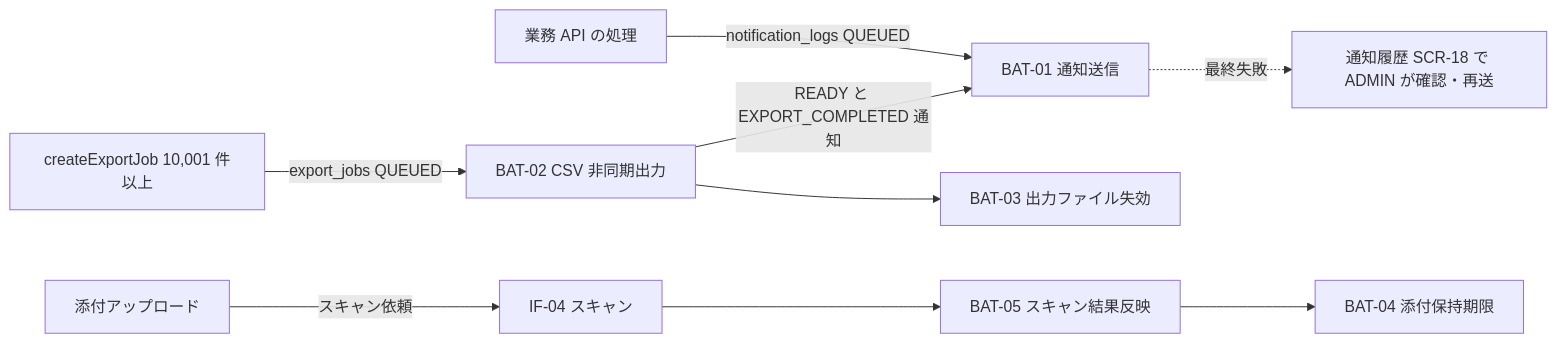
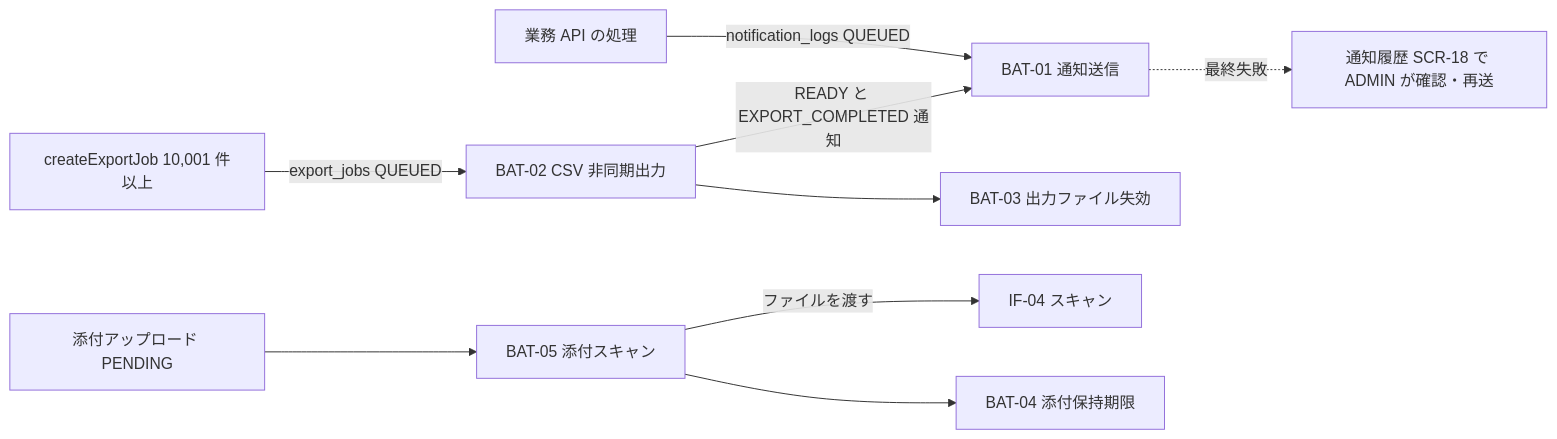
One commit to quyangboxjob/DDMSAA changed the diagram in docs/基本設計/共通/spec-15-batch-design-ui.md. Above: the diagram before and after it, drawn with Mermaid. The commit also changed other lines of this file and 28 other files, not shown here.

````diff
--- a/docs/基本設計/共通/spec-15-batch-design-ui.md
+++ b/docs/基本設計/共通/spec-15-batch-design-ui.md
@@ -31,11 +31,11 @@
 ```mermaid
 flowchart LR
   API[業務 API の処理] -->|notification_logs QUEUED| B1[BAT-01 通知送信]
   API2[createExportJob 10,001 件以上] -->|export_jobs QUEUED| B2[BAT-02 CSV 非同期出力]
   B2 -->|READY と EXPORT_COMPLETED 通知| B1
   B2 --> B3[BAT-03 出力ファイル失効]
-  UP[添付アップロード] -->|スキャン依頼| SCAN[IF-04 スキャン]
-  SCAN --> B5[BAT-05 スキャン結果反映]
+  UP[添付アップロード PENDING] --> B5[BAT-05 添付スキャン]
+  B5 -->|ファイルを渡す| SCAN[IF-04 スキャン]
   B5 --> B4[BAT-04 添付保持期限]
   B1 -.最終失敗.-> N[通知履歴 SCR-18 で ADMIN が確認・再送]
 ```
````
